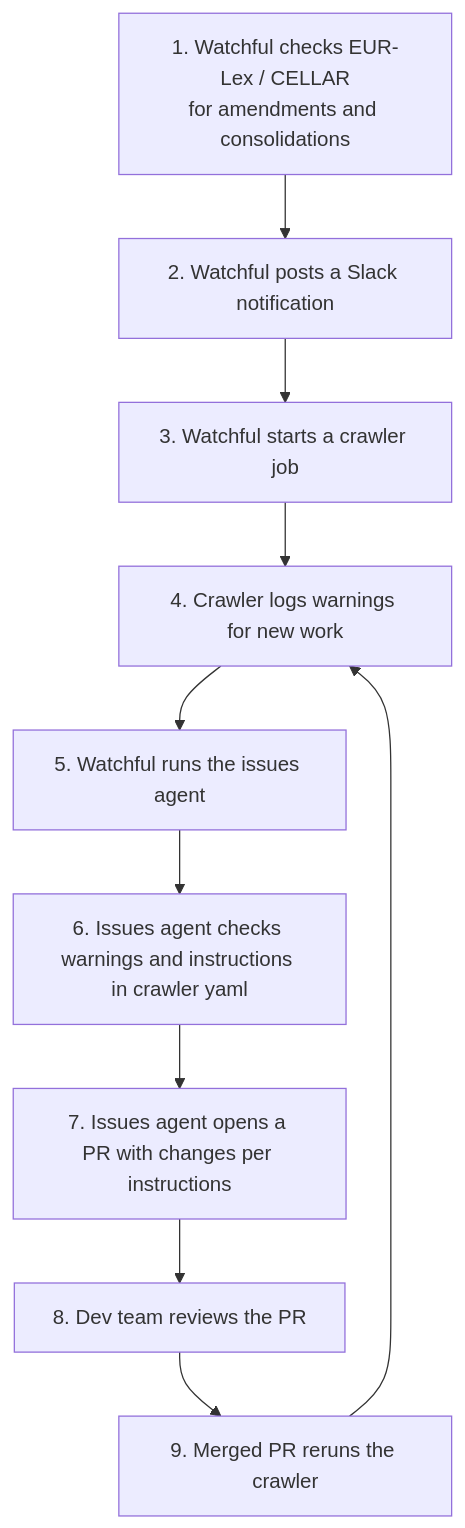
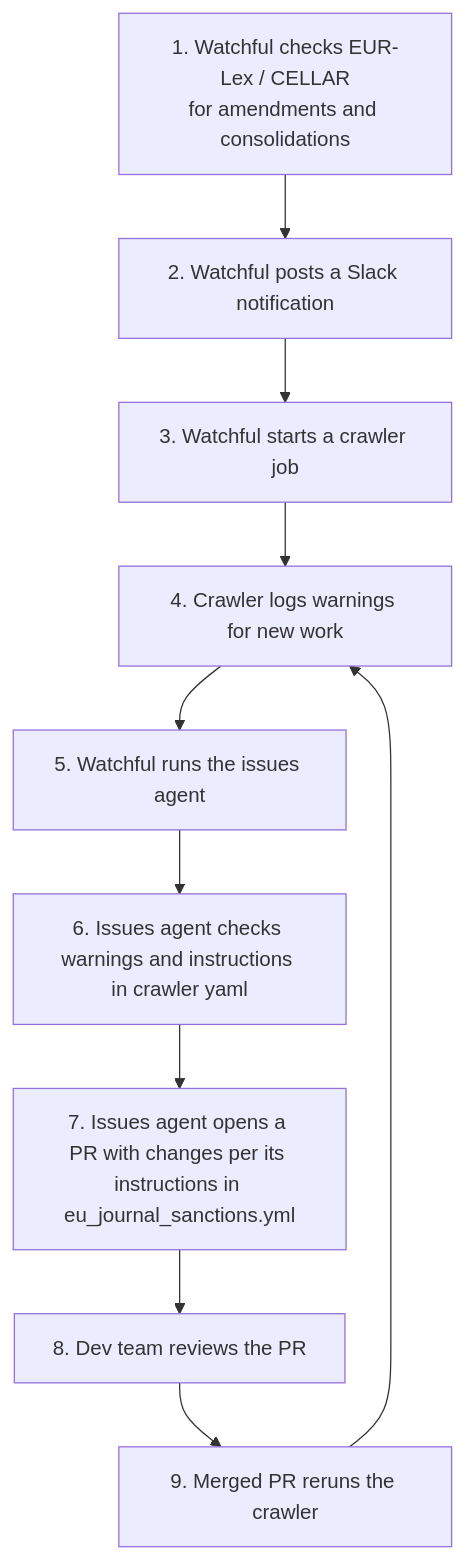
One commit to opensanctions/opensanctions changed the diagram in zavod/docs/eu_journal_sanctions.md. Above: the diagram before and after it, drawn with Mermaid. The commit also changed other lines of this file and 1 other file, not shown here.

Commit message:
[eu_journal_sanctions] keep the dataset yaml more pure prompt

````diff
--- a/zavod/docs/eu_journal_sanctions.md
+++ b/zavod/docs/eu_journal_sanctions.md
@@ -13,13 +11,13 @@
 ```mermaid
 flowchart TD
     A["1. Watchful checks EUR-Lex / CELLAR<br>for amendments and consolidations"]
     A --> B["2. Watchful posts a Slack notification"]
     B --> C["3. Watchful starts a crawler job"]
     C --> D["4. Crawler logs warnings for new work"]
     D --> E["5. Watchful runs the issues agent"]
     E --> F["6. Issues agent checks warnings and instructions in crawler yaml"]
-    F --> G["7. Issues agent opens a PR with changes per instructions"]
+    F --> G["7. Issues agent opens a PR with changes per its instructions in eu_journal_sanctions.yml"]
     G --> H["8. Dev team reviews the PR"]
     H --> I["9. Merged PR reruns the crawler"]
     I --> D
 ```
````
